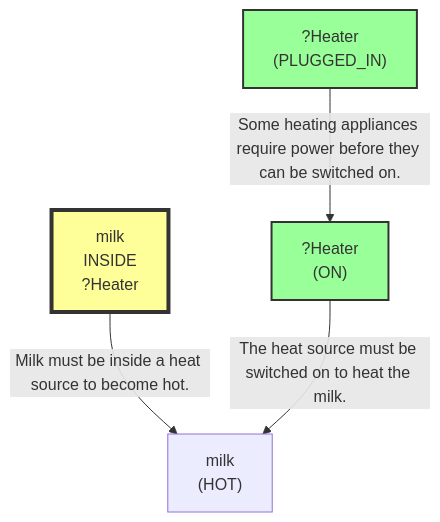
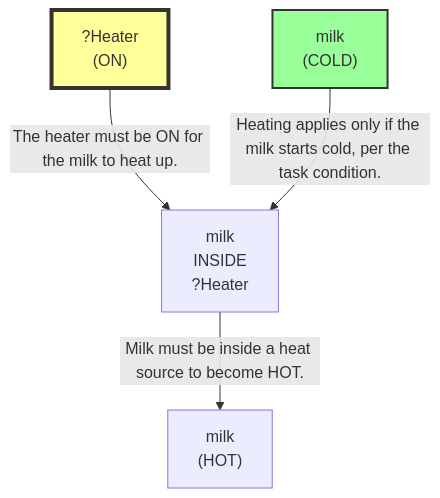
One commit to scuama/virtualhome changed diagram 11 of 12 in evaluation/results/table3/robostate/runs/without_memory/M3_15/run_T3_without_memory_M3_15.md. Above: the diagram before and after it, drawn with Mermaid. The commit also changed other lines of this file and 507 other files, not shown here.

````diff
--- a/evaluation/results/table3/robostate/runs/without_memory/M3_15/run_T3_without_memory_M3_15.md
+++ b/evaluation/results/table3/robostate/runs/without_memory/M3_15/run_T3_without_memory_M3_15.md
@@ -807,13 +779,12 @@
 ```mermaid
 graph TD
     N1["milk<br>(HOT)"]
-    N2["?Heater<br>(ON)"]
-    style N2 fill:#9f9,stroke:#333,stroke-width:2px
-    N3["?Heater<br>(PLUGGED_IN)"]
-    style N3 fill:#9f9,stroke:#333,stroke-width:2px
-    N4["milk<br>INSIDE<br>?Heater"]
-    style N4 fill:#ff9,stroke:#333,stroke-width:4px
-    N4 -->|"Milk must be inside a heat source to become hot."| N1
-    N2 -->|"The heat source must be switched on to heat the milk."| N1
-    N3 -->|"Some heating appliances require power before they can be switched on."| N2
+    N2["milk<br>INSIDE<br>?Heater"]
+    N3["?Heater<br>(ON)"]
+    style N3 fill:#ff9,stroke:#333,stroke-width:4px
+    N4["milk<br>(COLD)"]
+    style N4 fill:#9f9,stroke:#333,stroke-width:2px
+    N2 -->|"Milk must be inside a heat source to become HOT."| N1
+    N3 -->|"The heater must be ON for the milk to heat up."| N2
+    N4 -->|"Heating applies only if the milk starts cold, per the task condition."| N2
 ```
````
